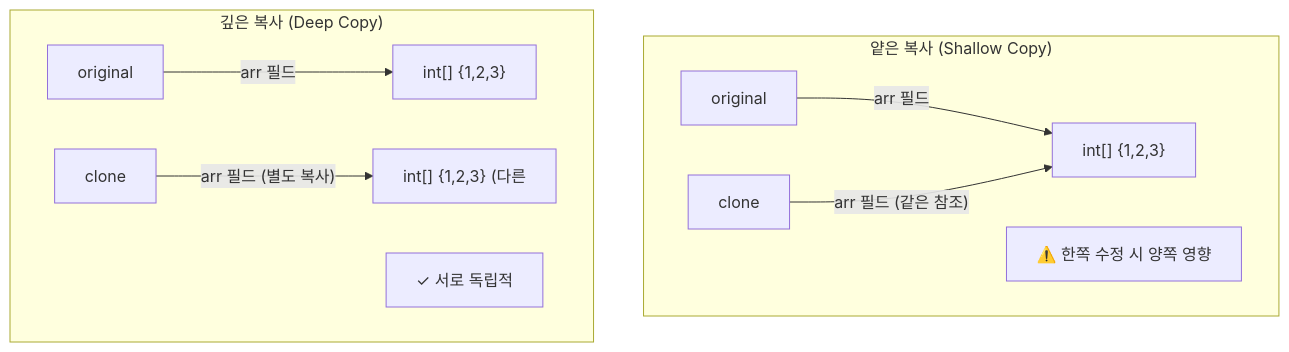
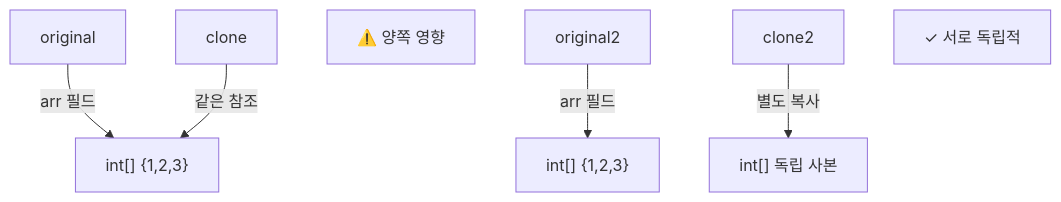
The fourth of 6 diagrams in _posts/java/2026-05-01-java-object-class.md (yjkim2015/yjkim2015.github.io), drawn with Mermaid before and after one commit. The commit also changed other lines of this file and 155 other files, not shown here.

First line of the commit message:
Mermaid 전면 수정: subgraph 제거, participant/노드/줄수 축소 (342블록)

````diff
--- a/_posts/java/2026-05-01-java-object-class.md
+++ b/_posts/java/2026-05-01-java-object-class.md
@@ -393,13 +389,9 @@
 ```mermaid
 graph TD
-    subgraph "얕은 복사 (Shallow Copy)"
-        O1["original"] -->|"arr 필드"| ARR["int[] {1,2,3}"]
-        C1["clone"] -->|"arr 필드 (같은 참조)"| ARR
-        NOTE1["⚠️ 한쪽 수정 시 양쪽 영향"]
-    end
-    subgraph "깊은 복사 (Deep Copy)"
-        O2["original"] -->|"arr 필드"| ARR2["int[] {1,2,3}"]
-        C2["clone"] -->|"arr 필드 (별도 복사)"| ARR3["int[] {1,2,3} (다른"]
-        NOTE2["✓ 서로 독립적"]
-    end
+    O1["original"] -->|"arr 필드"| ARR["int[] {1,2,3}"]
+    C1["clone"] -->|"같은 참조"| ARR
+    NOTE1["⚠️ 양쪽 영향"]
+    O2["original2"] -->|"arr 필드"| ARR2["int[] {1,2,3}"]
+    C2["clone2"] -->|"별도 복사"| ARR3["int[] 독립 사본"]
+    NOTE2["✓ 서로 독립적"]
 ```
````
